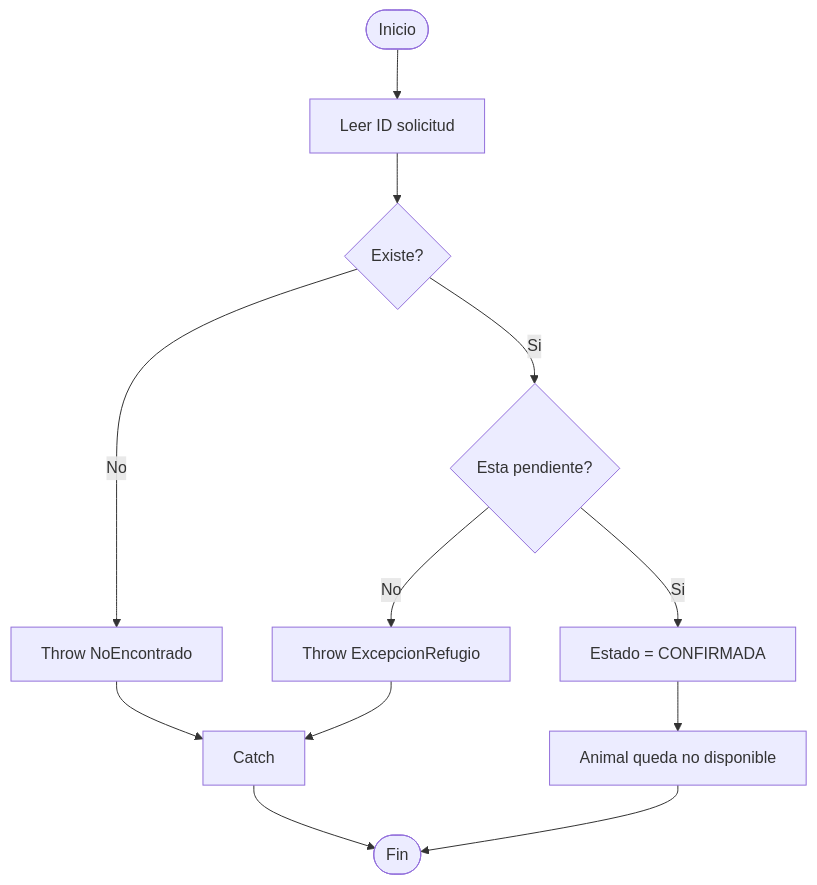
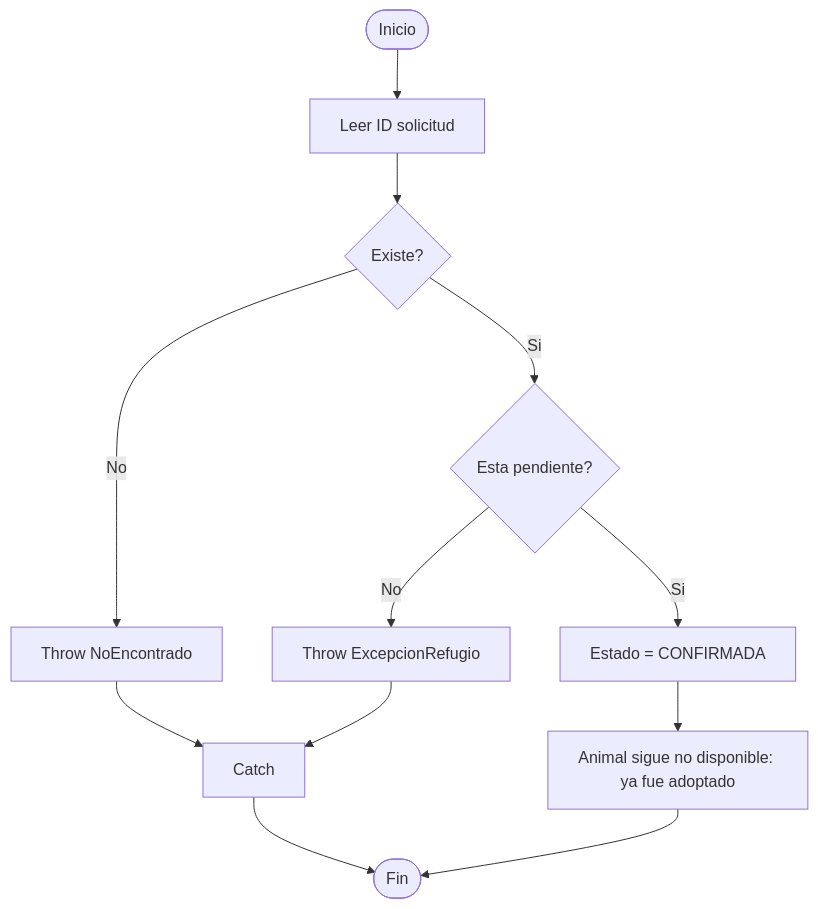
The sixth of 15 diagrams in docs/diagramas.md (santiristorto/Proyecto-POO), drawn with Mermaid before and after one commit. The commit also changed other lines of this file and 13 other files, not shown here.

````diff
--- a/docs/diagramas.md
+++ b/docs/diagramas.md
@@ -110,14 +112,14 @@
 ```mermaid
 flowchart TD
     A([Inicio]) --> B[Leer ID solicitud]
     B --> C{Existe?}
     C -->|No| D[Throw NoEncontrado]
     C -->|Si| E{Esta pendiente?}
     E -->|No| F[Throw ExcepcionRefugio]
     E -->|Si| G[Estado = CONFIRMADA]
-    G --> H[Animal queda no disponible]
+    G --> H[Animal sigue no disponible: ya fue adoptado]
     H --> I([Fin])
     D --> J[Catch]
     F --> J
     J --> I
 ```
````
